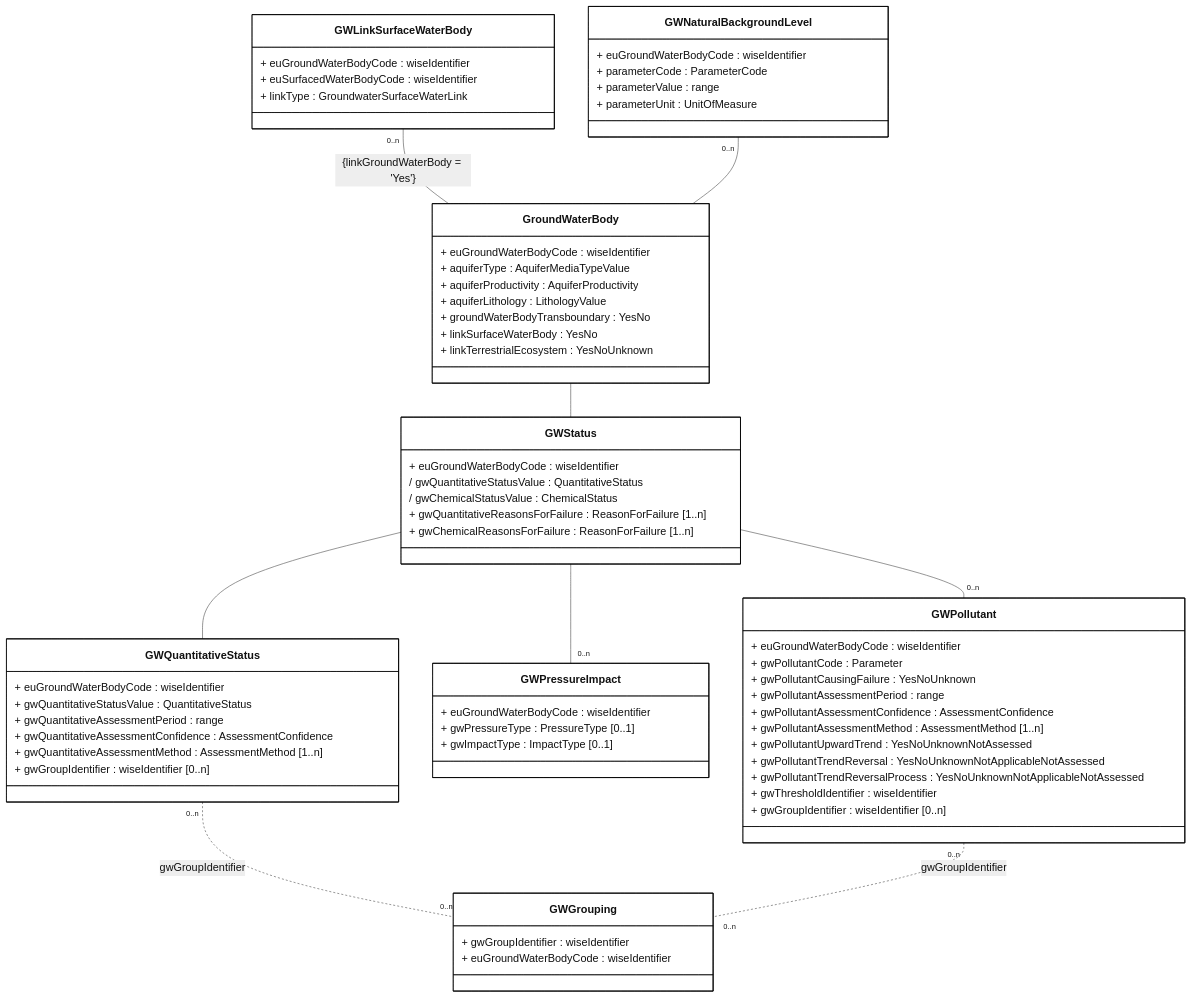
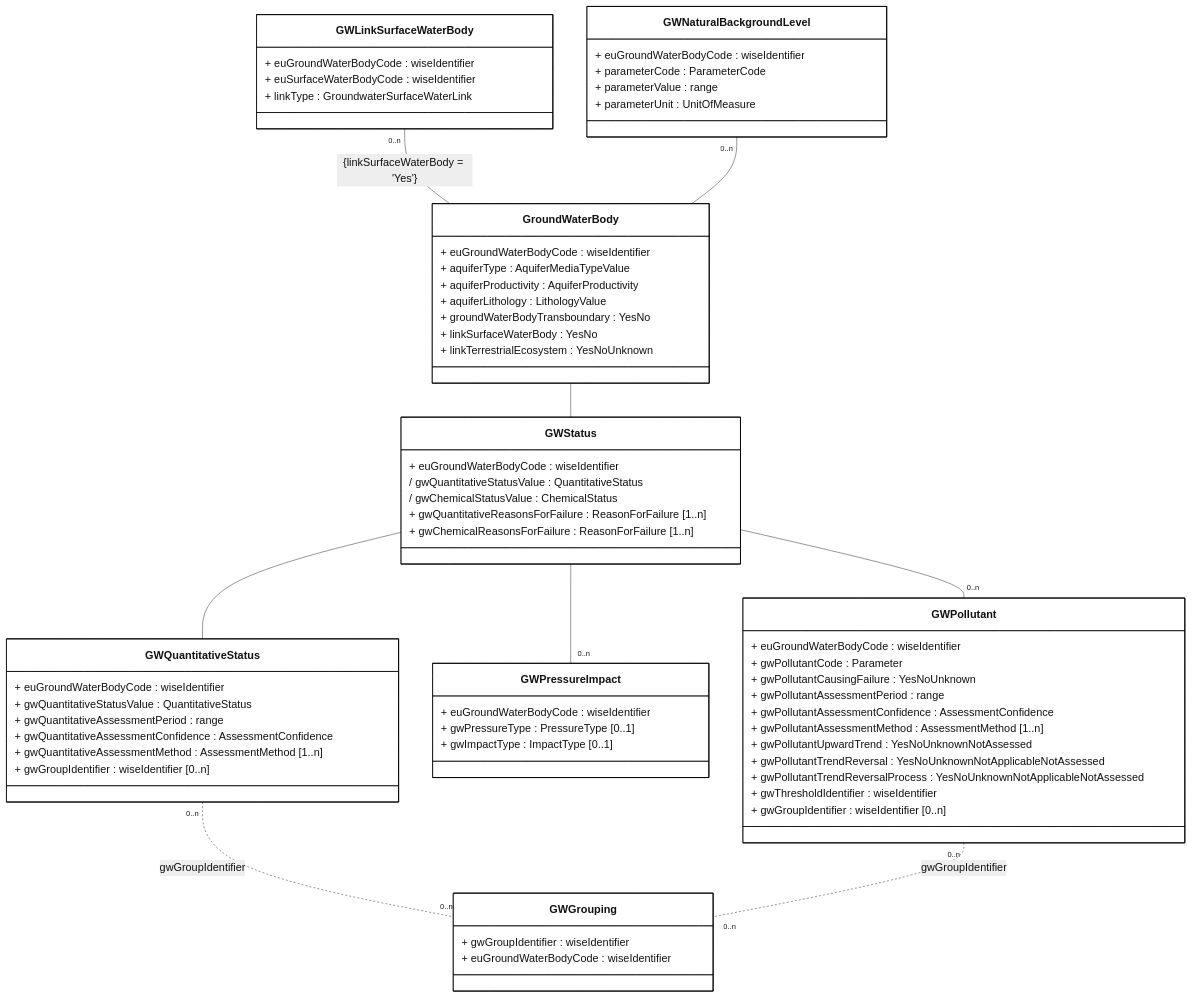
The diagram in docs/DataModelReview/mmd/Groundwater_4thCycle_DescriptiveData_ClassDiagram.mmd (eeadata/WISE.WFD.Documentation), drawn with Mermaid before and after one commit.

Commit message:
Fix class diagram for GWLinkSurfaceWaterBody relation

```diff
--- a/docs/DataModelReview/mmd/Groundwater_4thCycle_DescriptiveData_ClassDiagram.mmd
+++ b/docs/DataModelReview/mmd/Groundwater_4thCycle_DescriptiveData_ClassDiagram.mmd
@@ -1,98 +1,98 @@
 ---
 config:
   class:
     hideEmptyMembersBox: true
   layout: dagre
   theme: neutral
   themeVariables:
     noteBkgColor: LightYellow
     noteTextColor: black 
 ---
 classDiagram
 direction TB
 
 class GWLinkSurfaceWaterBody{
     + euGroundWaterBodyCode : wiseIdentifier
-    + euSurfacedWaterBodyCode : wiseIdentifier
+    + euSurfaceWaterBodyCode : wiseIdentifier
     + linkType : GroundwaterSurfaceWaterLink
 }
 
 class GWNaturalBackgroundLevel{
     + euGroundWaterBodyCode : wiseIdentifier
     + parameterCode : ParameterCode
     + parameterValue : range  
     + parameterUnit : UnitOfMeasure
 }
 
 class GroundWaterBody{
     + euGroundWaterBodyCode : wiseIdentifier
     + aquiferType : AquiferMediaTypeValue
     + aquiferProductivity : AquiferProductivity
     + aquiferLithology : LithologyValue
     + groundWaterBodyTransboundary : YesNo
     + linkSurfaceWaterBody : YesNo
     + linkTerrestrialEcosystem : YesNoUnknown
 }
 
 class GWQuantitativeStatus{
     + euGroundWaterBodyCode : wiseIdentifier
     + gwQuantitativeStatusValue : QuantitativeStatus
     + gwQuantitativeAssessmentPeriod : range
     + gwQuantitativeAssessmentConfidence : AssessmentConfidence
     + gwQuantitativeAssessmentMethod : AssessmentMethod [1..n]
     + gwGroupIdentifier : wiseIdentifier [0..n]
 }
 
 class GWPressureImpact{
     + euGroundWaterBodyCode : wiseIdentifier
     + gwPressureType : PressureType [0..1]
     + gwImpactType : ImpactType  [0..1]
 }
 
 class GWStatus{
     
     + euGroundWaterBodyCode : wiseIdentifier
     / gwQuantitativeStatusValue : QuantitativeStatus
     / gwChemicalStatusValue : ChemicalStatus
 
     + gwQuantitativeReasonsForFailure : ReasonForFailure [1..n]
     + gwChemicalReasonsForFailure : ReasonForFailure [1..n]
 } 
 
 class GWPollutant{
     + euGroundWaterBodyCode : wiseIdentifier
     + gwPollutantCode : Parameter
 
     + gwPollutantCausingFailure : YesNoUnknown
     + gwPollutantAssessmentPeriod : range
     + gwPollutantAssessmentConfidence : AssessmentConfidence 
     + gwPollutantAssessmentMethod : AssessmentMethod [1..n]
 
     + gwPollutantUpwardTrend : YesNoUnknownNotAssessed
     + gwPollutantTrendReversal : YesNoUnknownNotApplicableNotAssessed
     + gwPollutantTrendReversalProcess : YesNoUnknownNotApplicableNotAssessed
 
     + gwThresholdIdentifier : wiseIdentifier
     + gwGroupIdentifier : wiseIdentifier [0..n]
 }
 
 class GWGrouping{
     + gwGroupIdentifier : wiseIdentifier
     + euGroundWaterBodyCode : wiseIdentifier
 }
 
 GroundWaterBody -- GWStatus    
 GWStatus --  GWQuantitativeStatus
 GWStatus -- "0..n" GWPollutant
 GWStatus -- "0..n" GWPressureImpact
 
 GWQuantitativeStatus "0..n" .. "0..n" GWGrouping : gwGroupIdentifier
 GWPollutant "0..n" .. "0..n" GWGrouping : gwGroupIdentifier
 
-GWLinkSurfaceWaterBody "0..n" -- GroundWaterBody : {linkGroundWaterBody = 'Yes'}
+GWLinkSurfaceWaterBody "0..n" -- GroundWaterBody : {linkSurfaceWaterBody = 'Yes'}
 GWNaturalBackgroundLevel "0..n" -- GroundWaterBody
 
 %% note for GWPollutant "GroundwaterMethodologies::ThresholdValue.gwThresholdIdentifier"
 
 classDef default fill:white,stroke:#000;
 classDef forFixing fill:white,stroke:#f00;
```
